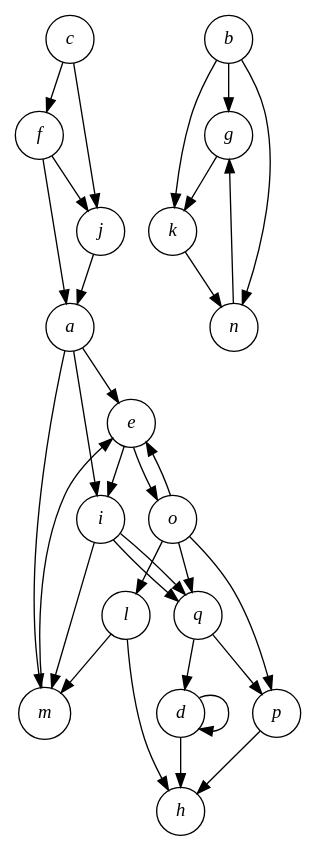
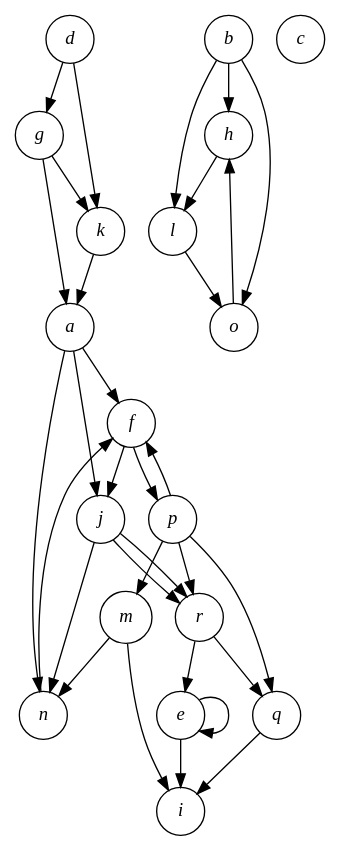
One commit to qbit86/arborescence changed the diagram in src/Ubiquitous.Workbench/IndexedGraphs/08.gv. Above: the diagram before and after it, drawn with Graphviz.

Commit message:
Add isolated vertex c to graph sample 08

```diff
--- a/src/Ubiquitous.Workbench/IndexedGraphs/08.gv
+++ b/src/Ubiquitous.Workbench/IndexedGraphs/08.gv
@@ -1,35 +1,35 @@
 digraph Ordered {
   node [shape=circle fontname="Times-Italic"]
-  a b c d e f g h i j k l m n o p q
-  a -> e
-  a -> i
-  a -> m
-  b -> g
-  b -> k
-  b -> n
-  c -> f
-  c -> j
-  d -> d
-  d -> h
+  a b c d e f g h i j k l m n o p q r
+  a -> f
+  a -> j
+  a -> n
+  b -> h
+  b -> l
+  b -> o
+  d -> g
+  d -> k
+  e -> e
   e -> i
-  e -> o
-  f -> a
   f -> j
+  f -> p
+  g -> a
   g -> k
-  i -> m
-  i -> q
-  i -> q
-  j -> a
-  k -> n
-  l -> h
-  l -> m
-  m -> e
-  n -> g
-  o -> e
-  o -> l
-  o -> p
-  o -> q
-  p -> h
-  q -> d
-  q -> p
+  h -> l
+  j -> n
+  j -> r
+  j -> r
+  k -> a
+  l -> o
+  m -> i
+  m -> n
+  n -> f
+  o -> h
+  p -> f
+  p -> m
+  p -> q
+  p -> r
+  q -> i
+  r -> e
+  r -> q
 }
```
